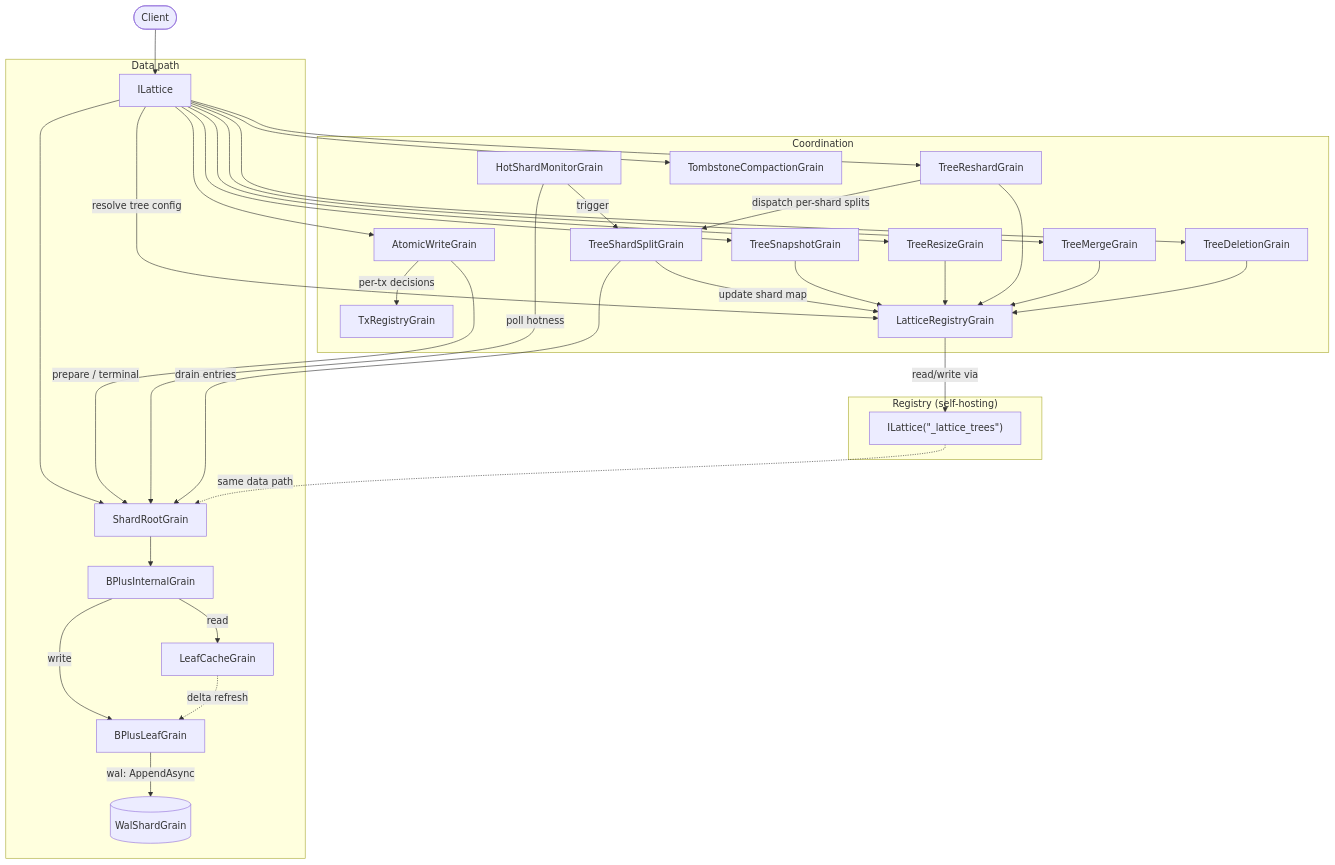
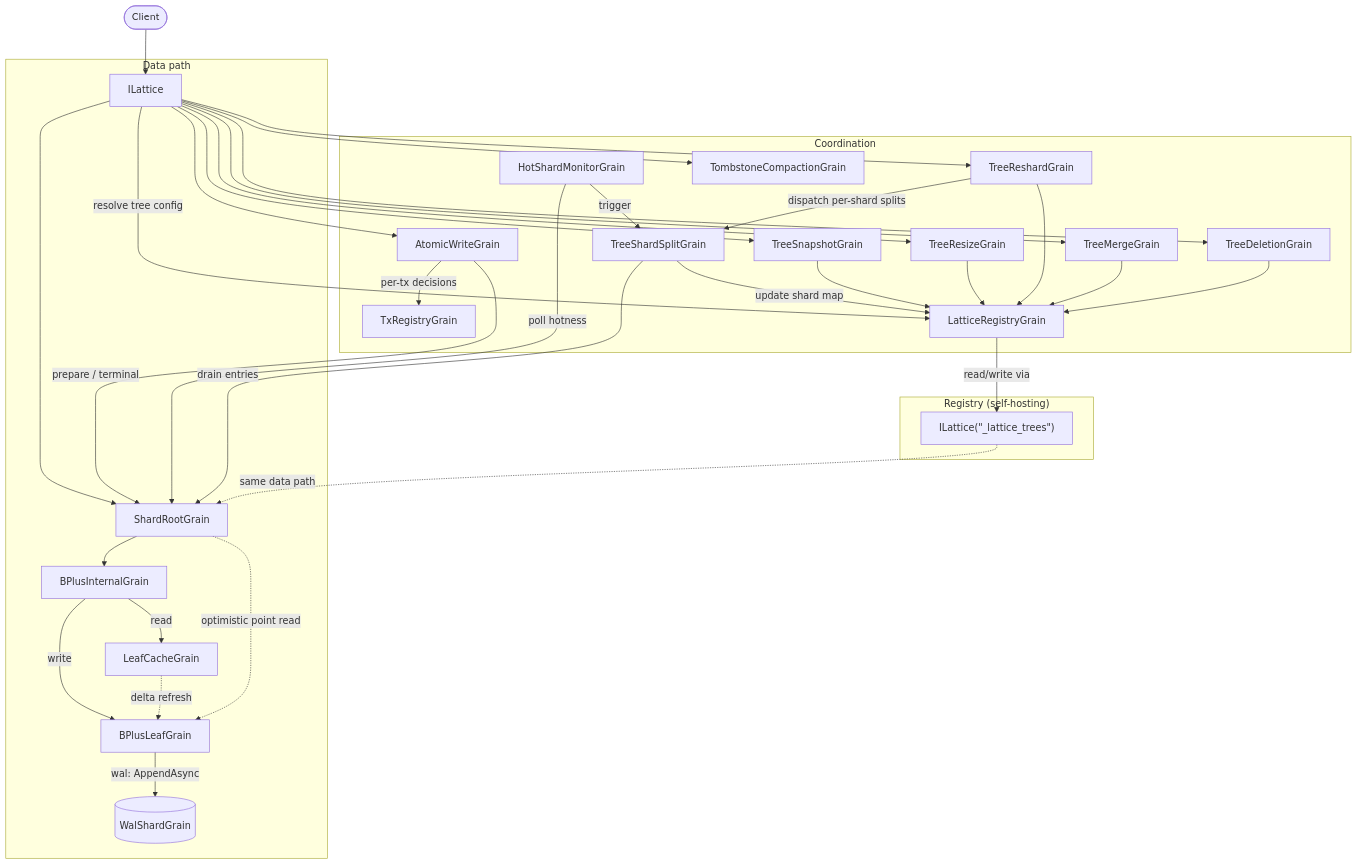
Before and after one commit to NSTA1/Orleans.Lattice: the third of 3 diagrams in docs/lattice/architecture.md, drawn with Mermaid. The commit also changed other lines of this file and 434 other files, not shown here.

````diff
--- a/docs/lattice/architecture.md
+++ b/docs/lattice/architecture.md
@@ -182,42 +183,43 @@
 ```mermaid
 flowchart TD
     Client([Client]) --> ILattice
 
     subgraph "Data path"
         ILattice --> ShardRoot[ShardRootGrain]
         ShardRoot --> Internal[BPlusInternalGrain]
         Internal -->|write| Leaf[BPlusLeafGrain]
         Internal -->|read| Cache[LeafCacheGrain]
         Cache -.->|delta refresh| Leaf
+        ShardRoot -.->|optimistic point read| Leaf
         Leaf -->|"wal: AppendAsync"| Wal[(WalShardGrain)]
     end
 
     subgraph "Coordination"
         ILattice --> Snapshot[TreeSnapshotGrain]
         ILattice --> Resize[TreeResizeGrain]
         ILattice --> Reshard[TreeReshardGrain]
         ILattice --> Merge[TreeMergeGrain]
         ILattice --> Delete[TreeDeletionGrain]
         ILattice --> Compact[TombstoneCompactionGrain]
         ILattice --> Atomic[AtomicWriteGrain]
         Atomic -->|prepare / terminal| ShardRoot
         Atomic -->|"per-tx decisions"| TxReg[TxRegistryGrain]
         Monitor[HotShardMonitorGrain] -->|poll hotness| ShardRoot
         Monitor -->|trigger| Split[TreeShardSplitGrain]
         Reshard -->|dispatch per-shard splits| Split
         Split -->|drain entries| ShardRoot
         Split -->|update shard map| Registry
     end
 
     subgraph "Registry (self-hosting)"
         ILattice -->|resolve tree config| Registry[LatticeRegistryGrain]
         Registry -->|read/write via| SelfLattice["ILattice(&quot;_lattice_trees&quot;)"]
         SelfLattice -.->|same data path| ShardRoot
     end
 
     Snapshot --> Registry
     Resize --> Registry
     Reshard --> Registry
     Merge --> Registry
     Delete --> Registry
 ```
````
